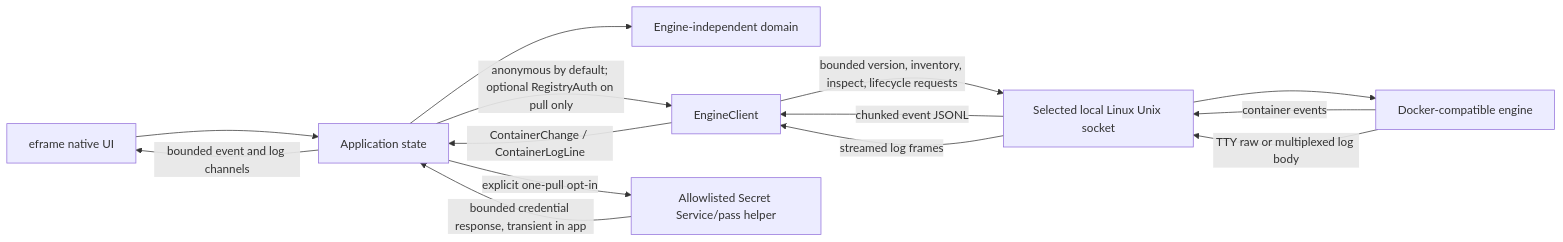
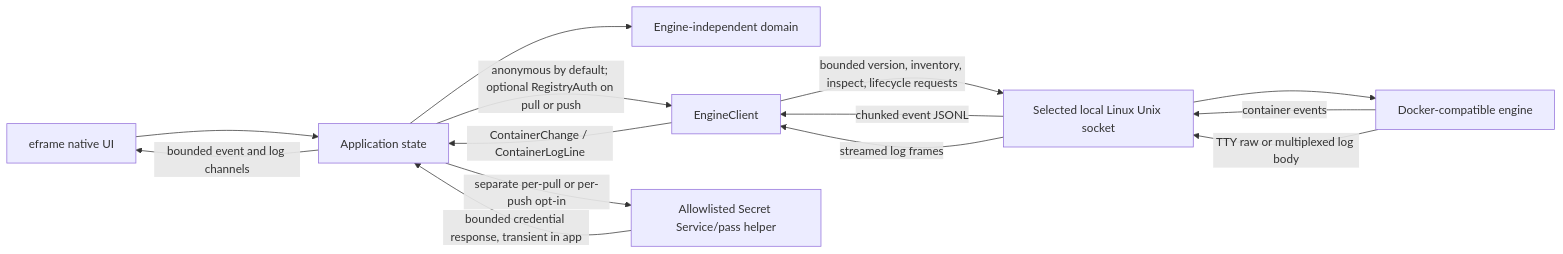
Before and after one commit to SzymonR1/ferrum-desktop: the diagram in docs/src/architecture/overview.md, drawn with Mermaid. The commit also changed 4 other files, not shown here.

Commit message:
docs(security): clarify registry helper scope

````diff
--- a/docs/src/architecture/overview.md
+++ b/docs/src/architecture/overview.md
@@ -5,16 +5,16 @@
 ```mermaid
 flowchart LR
     UI[eframe native UI] --> APP[Application state]
     APP --> CORE[Engine-independent domain]
-    APP -->|anonymous by default; optional RegistryAuth on pull only| CLIENT[EngineClient]
-    APP -->|explicit one-pull opt-in| HELPER[Allowlisted Secret Service/pass helper]
+    APP -->|anonymous by default; optional RegistryAuth on pull or push| CLIENT[EngineClient]
+    APP -->|separate per-pull or per-push opt-in| HELPER[Allowlisted Secret Service/pass helper]
     HELPER -->|bounded credential response, transient in app| APP
     CLIENT -->|bounded version, inventory, inspect, lifecycle requests| SOCKET[Selected local Linux Unix socket]
     SOCKET --> ENGINE[Docker-compatible engine]
     ENGINE -->|container events| SOCKET
     ENGINE -->|TTY raw or multiplexed log body| SOCKET
     SOCKET -->|chunked event JSONL| CLIENT
     SOCKET -->|streamed log frames| CLIENT
     CLIENT -->|ContainerChange / ContainerLogLine| APP
     APP -->|bounded event and log channels| UI
 ```
````
